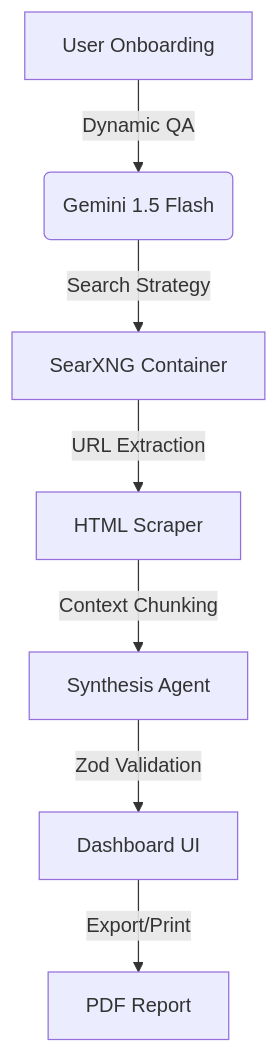
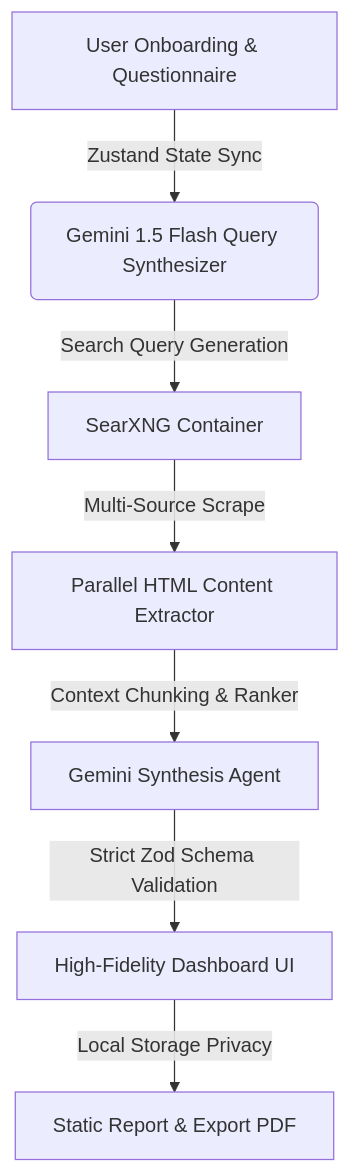
One commit to SQADIRKVM/Forfwd changed the diagram in README.md. Above: the diagram before and after it, drawn with Mermaid. The commit also changed other lines of this file, not shown here.

````diff
--- a/README.md
+++ b/README.md
@@ -27,9 +30,9 @@
 ```mermaid
 graph TD;
-    A[User Onboarding] -->|Dynamic QA| B(Gemini 1.5 Flash)
-    B -->|Search Strategy| C[SearXNG Container]
-    C -->|URL Extraction| D[HTML Scraper]
-    D -->|Context Chunking| E[Synthesis Agent]
-    E -->|Zod Validation| F[Dashboard UI]
-    F -->|Export/Print| G[PDF Report]
+    A[User Onboarding & Questionnaire] -->|Zustand State Sync| B(Gemini 1.5 Flash Query Synthesizer)
+    B -->|Search Query Generation| C[SearXNG Container]
+    C -->|Multi-Source Scrape| D[Parallel HTML Content Extractor]
+    D -->|Context Chunking & Ranker| E[Gemini Synthesis Agent]
+    E -->|Strict Zod Schema Validation| F[High-Fidelity Dashboard UI]
+    F -->|Local Storage Privacy| G[Static Report & Export PDF]
 ```
````
